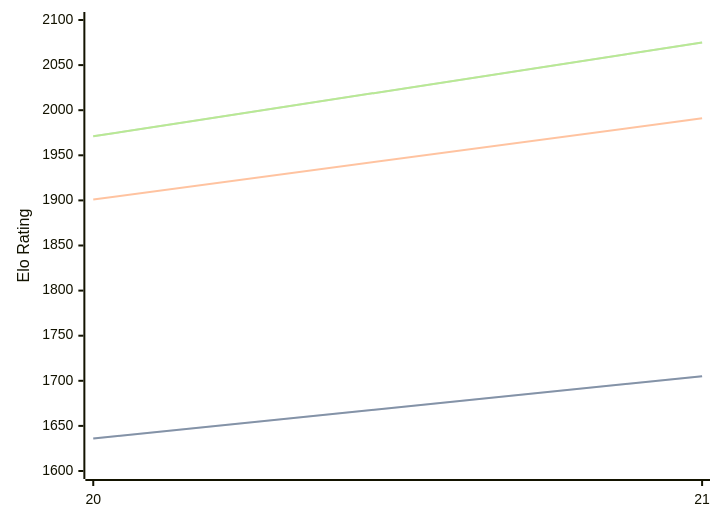
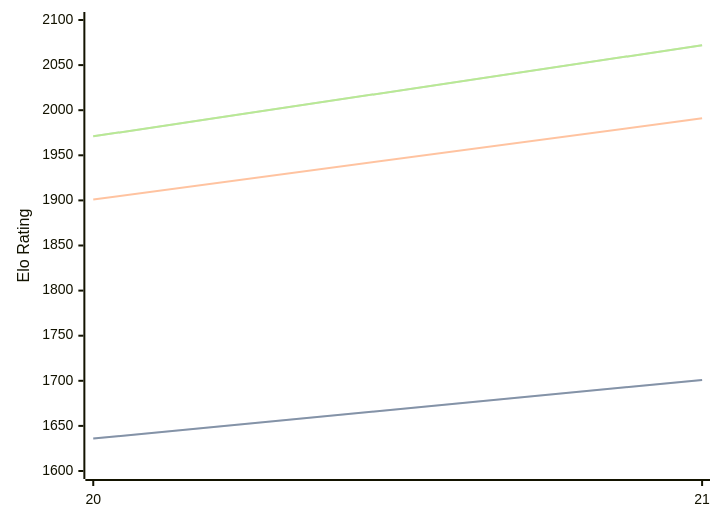
Before and after one commit to computer-chess-index/cci: the diagram in engines/PurplePanda.md, drawn with Mermaid. The commit also changed other lines of this file, not shown here.

Commit message:
Update CCI Ratings (ELO VLTC) - 2026-08-07

````diff
--- a/engines/PurplePanda.md
+++ b/engines/PurplePanda.md
@@ -32,11 +32,11 @@
 ```mermaid
 %%{init: {"theme":"base","themeVariables":{"seriesColors:['#a3a3a3','#222221','#faa371']}}}%%
 xychart-beta
   x-axis ["20", "21"]
   y-axis "Elo Rating" 1600 --> 2100
-  line "STC (8.0+0.08s)" [1636, 1705]
-  line "STC (8.0+0.08s)" [1636, 1705]
+  line "STC (8.0+0.08s)" [1636, 1701]
+  line "STC (8.0+0.08s)" [1636, 1701]
   line "LTC (60.0+0.60s)" [1901, 1991]
-  line "VLTC (2m24s+1.12s)" [1971, 2075]
-  line "VLTC (2m24s+1.12s)" [1971, 2075]
+  line "VLTC (2m24s+1.12s)" [1971, 2072]
+  line "VLTC (2m24s+1.12s)" [1971, 2072]
 ```
````
